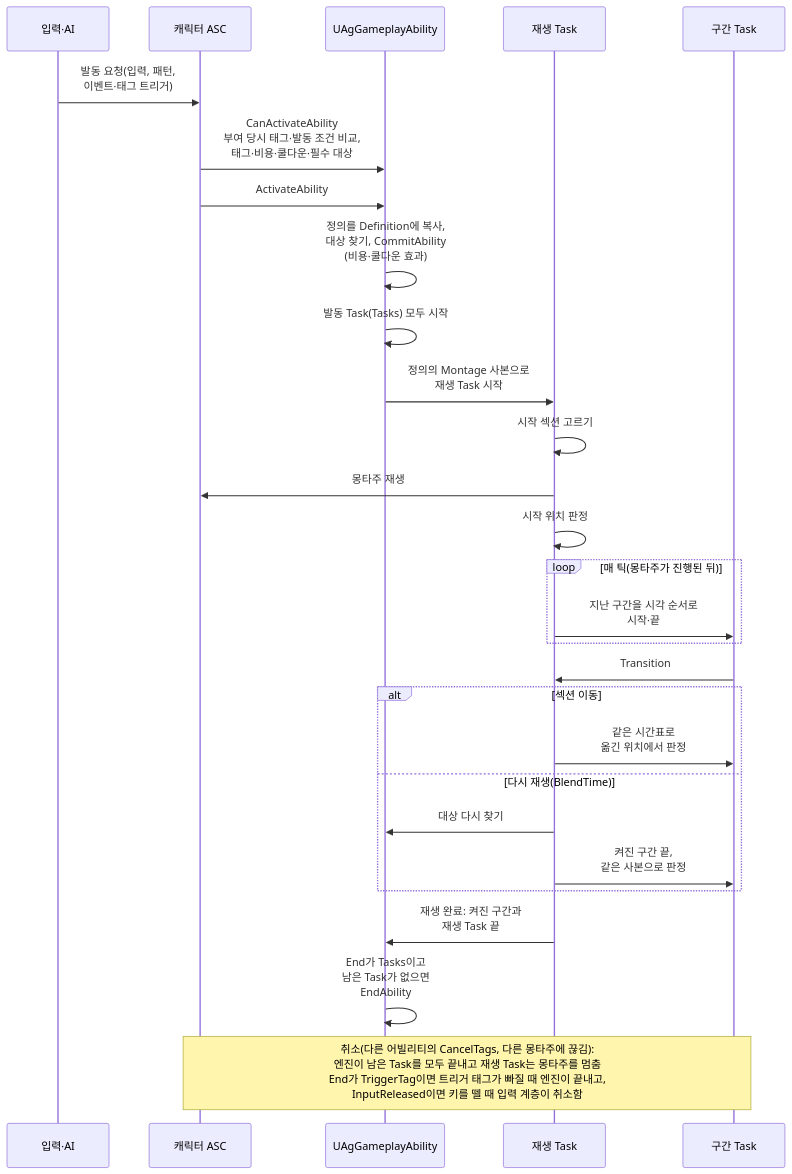
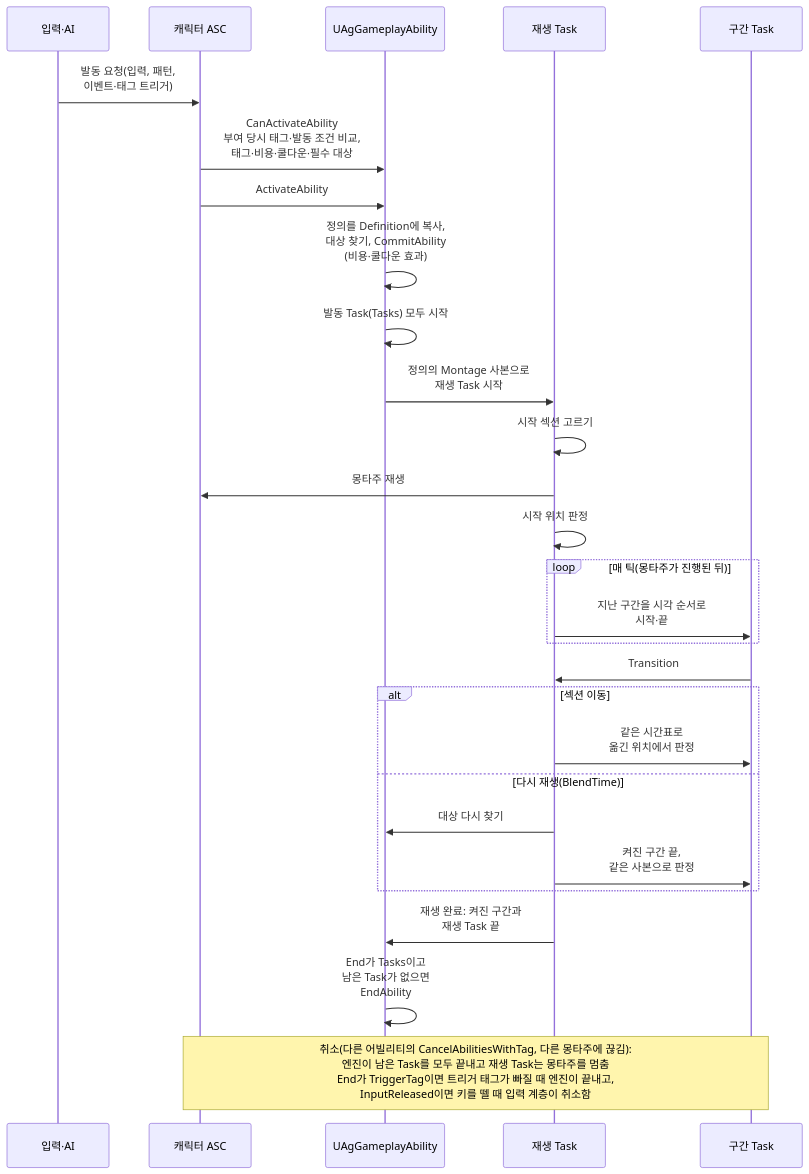
One commit to Woogl/Ag changed the sixth of 7 diagrams in Docs/Architecture/캐릭터 기반 구조와 GAS.md. Above: the diagram before and after it, drawn with Mermaid. The commit also changed other lines of this file and 12 other files, not shown here.

````diff
--- a/Docs/Architecture/캐릭터 기반 구조와 GAS.md
+++ b/Docs/Architecture/캐릭터 기반 구조와 GAS.md
@@ -301,30 +301,30 @@
 ```mermaid
 sequenceDiagram
     participant I as 입력·AI
     participant ASC as 캐릭터 ASC
     participant A as UAgGameplayAbility
     participant M as 재생 Task
     participant T as 구간 Task
     I->>ASC: 발동 요청(입력, 패턴,<br>이벤트·태그 트리거)
     ASC->>A: CanActivateAbility<br>부여 당시 태그·발동 조건 비교,<br>태그·비용·쿨다운·필수 대상
     ASC->>A: ActivateAbility
     A->>A: 정의를 Definition에 복사,<br>대상 찾기, CommitAbility<br>(비용·쿨다운 효과)
     A->>A: 발동 Task(Tasks) 모두 시작
     A->>M: 정의의 Montage 사본으로<br>재생 Task 시작
     M->>M: 시작 섹션 고르기
     M->>ASC: 몽타주 재생
     M->>M: 시작 위치 판정
     loop 매 틱(몽타주가 진행된 뒤)
         M->>T: 지난 구간을 시각 순서로<br>시작·끝
     end
     T->>M: Transition
     alt 섹션 이동
         M->>T: 같은 시간표로<br>옮긴 위치에서 판정
     else 다시 재생(BlendTime)
         M->>A: 대상 다시 찾기
         M->>T: 켜진 구간 끝,<br>같은 사본으로 판정
     end
     M->>A: 재생 완료: 켜진 구간과<br>재생 Task 끝
     A->>A: End가 Tasks이고<br>남은 Task가 없으면<br>EndAbility
-    Note over ASC,T: 취소(다른 어빌리티의 CancelTags, 다른 몽타주에 끊김):<br>엔진이 남은 Task를 모두 끝내고 재생 Task는 몽타주를 멈춤<br>End가 TriggerTag이면 트리거 태그가 빠질 때 엔진이 끝내고,<br>InputReleased이면 키를 뗄 때 입력 계층이 취소함
+    Note over ASC,T: 취소(다른 어빌리티의 CancelAbilitiesWithTag, 다른 몽타주에 끊김):<br>엔진이 남은 Task를 모두 끝내고 재생 Task는 몽타주를 멈춤<br>End가 TriggerTag이면 트리거 태그가 빠질 때 엔진이 끝내고,<br>InputReleased이면 키를 뗄 때 입력 계층이 취소함
 ```
````
